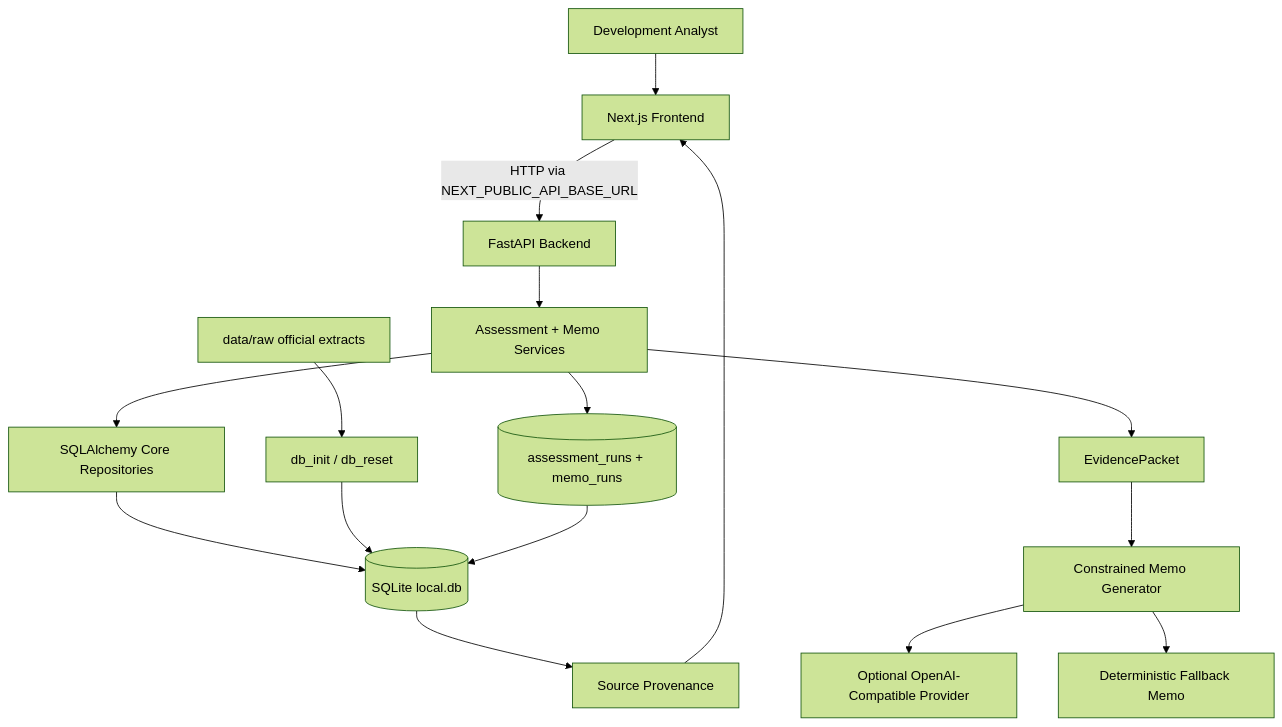
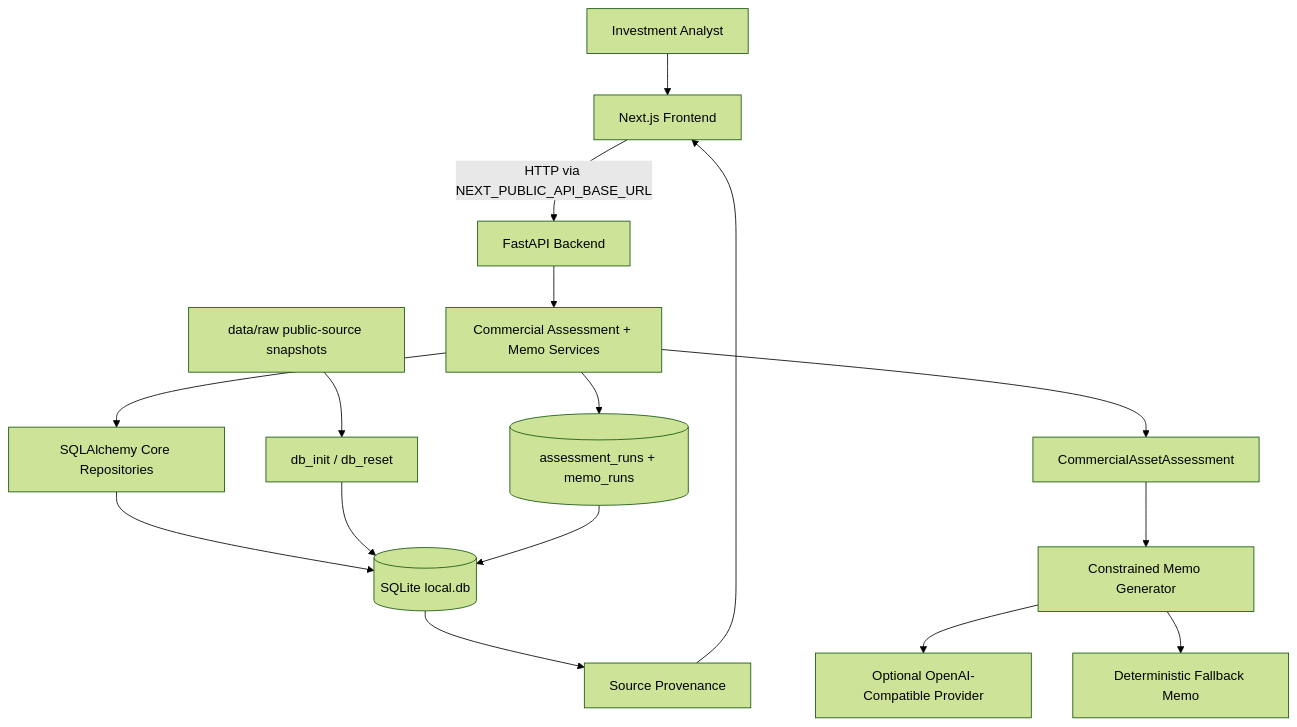
One commit to wkcjay/commercial-asset-screening changed the first of 6 diagrams in docs/design-review.md. Above: the diagram before and after it, drawn with Mermaid (forest theme). The commit also changed other lines of this file and 3 other files, not shown here.

Commit message:
Align docs with commercial asset workflow

````diff
--- a/docs/design-review.md
+++ b/docs/design-review.md
@@ -11,24 +13,24 @@
 ```mermaid
 flowchart TD
-  analyst[Development Analyst] --> web[Next.js Frontend]
+  analyst[Investment Analyst] --> web[Next.js Frontend]
 
   web -->|HTTP via NEXT_PUBLIC_API_BASE_URL| api[FastAPI Backend]
 
-  api --> services[Assessment + Memo Services]
+  api --> services[Commercial Assessment + Memo Services]
   services --> repos[SQLAlchemy Core Repositories]
   repos --> sqlite[(SQLite local.db)]
 
-  raw[data/raw official extracts] --> init[db_init / db_reset]
+  raw[data/raw public-source snapshots] --> init[db_init / db_reset]
   init --> sqlite
 
   services --> cache[(assessment_runs + memo_runs)]
   cache --> sqlite
 
-  services --> evidence[EvidencePacket]
-  evidence --> memo[Constrained Memo Generator]
+  services --> assessment[CommercialAssetAssessment]
+  assessment --> memo[Constrained Memo Generator]
   memo --> ai[Optional OpenAI-Compatible Provider]
   memo --> fallback[Deterministic Fallback Memo]
 
   sqlite --> sources[Source Provenance]
   sources --> web
 ```
````
